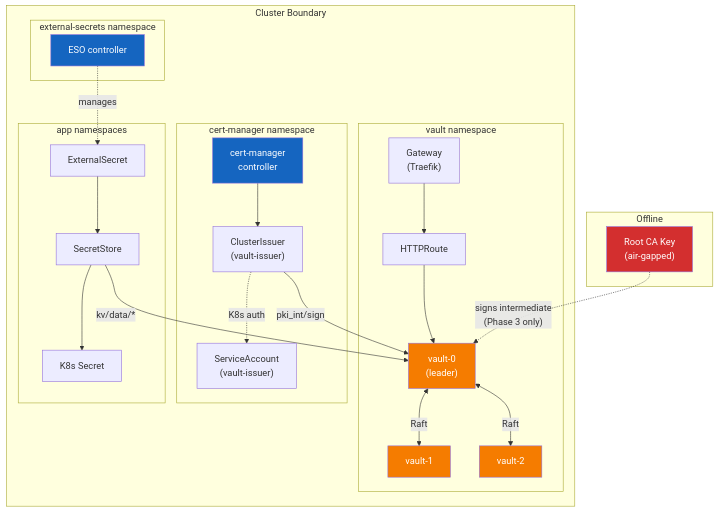
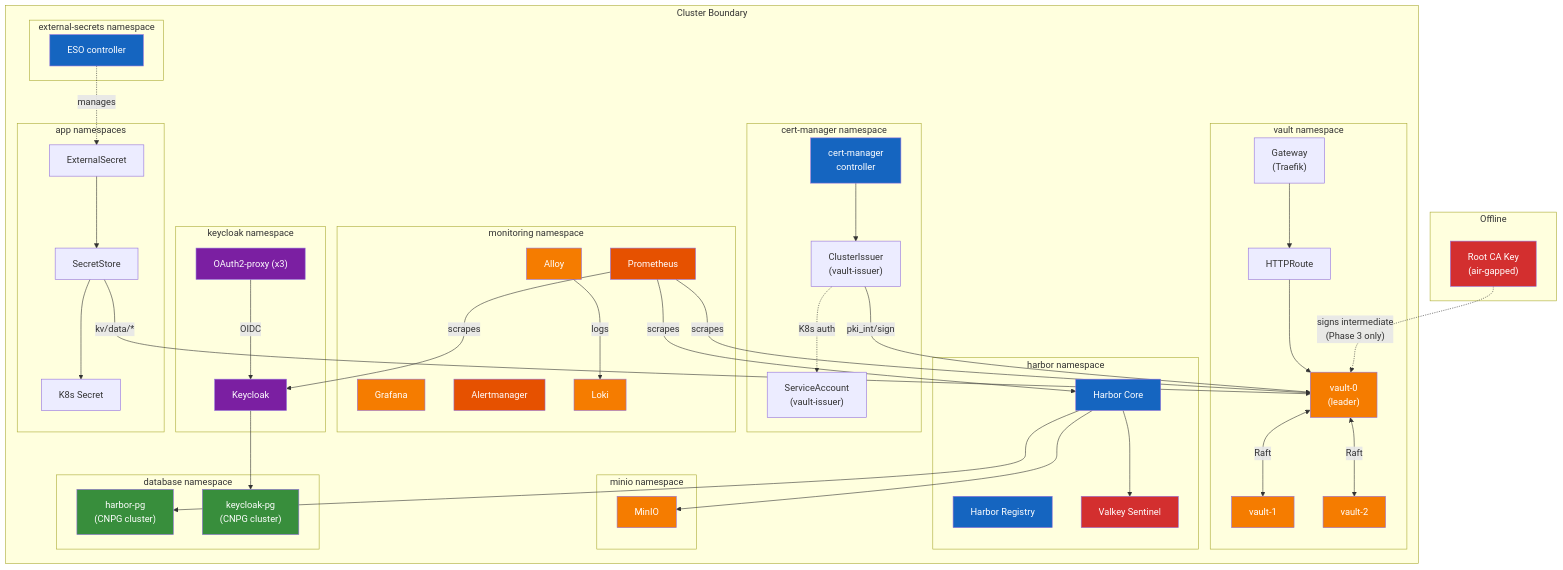
One commit to derhornspieler/harvester-rke2-svcs changed diagram 12 of 12 in docs/architecture.md. Above: the diagram before and after it, drawn with Mermaid. The commit also changed other lines of this file and 2 other files, not shown here.

First line of the commit message:
docs: update README, architecture, and getting-started for Bundles 2-4

````diff
--- a/docs/architecture.md
+++ b/docs/architecture.md
@@ -153,7 +605,35 @@
         end
 
         subgraph "external-secrets namespace"
-            ESO["ESO controller"]
+            ESOC["ESO controller"]
+        end
+
+        subgraph "monitoring namespace"
+            PromC["Prometheus"]
+            GrafC["Grafana"]
+            AMC["Alertmanager"]
+            LokiC["Loki"]
+            AlloyC["Alloy"]
+        end
+
+        subgraph "harbor namespace"
+            HarborC["Harbor Core"]
+            RegC["Harbor Registry"]
+            ValkeyC["Valkey Sentinel"]
+        end
+
+        subgraph "minio namespace"
+            MinIOC["MinIO"]
+        end
+
+        subgraph "keycloak namespace"
+            KCC["Keycloak"]
+            OAuthC["OAuth2-proxy (x3)"]
+        end
+
+        subgraph "database namespace"
+            PGHarbor["harbor-pg<br/>(CNPG cluster)"]
+            PGKC["keycloak-pg<br/>(CNPG cluster)"]
         end
 
         subgraph "app namespaces"
@@ -166,7 +646,16 @@
 
         CI -->|"pki_int/sign"| V0
         SS -->|"kv/data/*"| V0
-        ESO -.->|manages| ESEC
+        ESOC -.->|manages| ESEC
+        PromC -->|scrapes| V0
+        PromC -->|scrapes| HarborC
+        PromC -->|scrapes| KCC
+        AlloyC -->|logs| LokiC
+        HarborC --> PGHarbor
+        HarborC --> MinIOC
+        HarborC --> ValkeyC
+        KCC --> PGKC
+        OAuthC -->|OIDC| KCC
     end
 
     subgraph "Offline"
@@ -180,5 +669,18 @@
     style V1 fill:#f57c00,color:#fff
     style V2 fill:#f57c00,color:#fff
     style CM fill:#1565c0,color:#fff
-    style ESO fill:#1565c0,color:#fff
+    style ESOC fill:#1565c0,color:#fff
+    style PromC fill:#e65100,color:#fff
+    style GrafC fill:#f57c00,color:#fff
+    style AMC fill:#e65100,color:#fff
+    style LokiC fill:#f57c00,color:#fff
+    style AlloyC fill:#f57c00,color:#fff
+    style HarborC fill:#1565c0,color:#fff
+    style RegC fill:#1565c0,color:#fff
+    style MinIOC fill:#f57c00,color:#fff
+    style ValkeyC fill:#d32f2f,color:#fff
+    style KCC fill:#7b1fa2,color:#fff
+    style OAuthC fill:#7b1fa2,color:#fff
+    style PGHarbor fill:#388e3c,color:#fff
+    style PGKC fill:#388e3c,color:#fff
 ```
````
